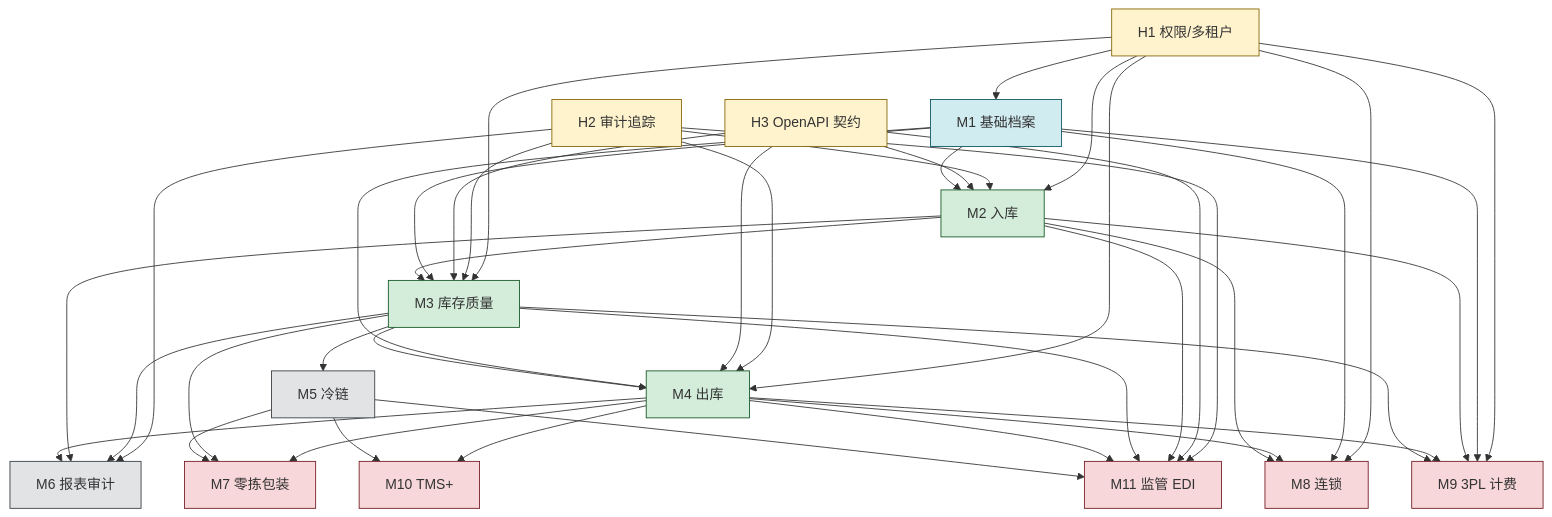
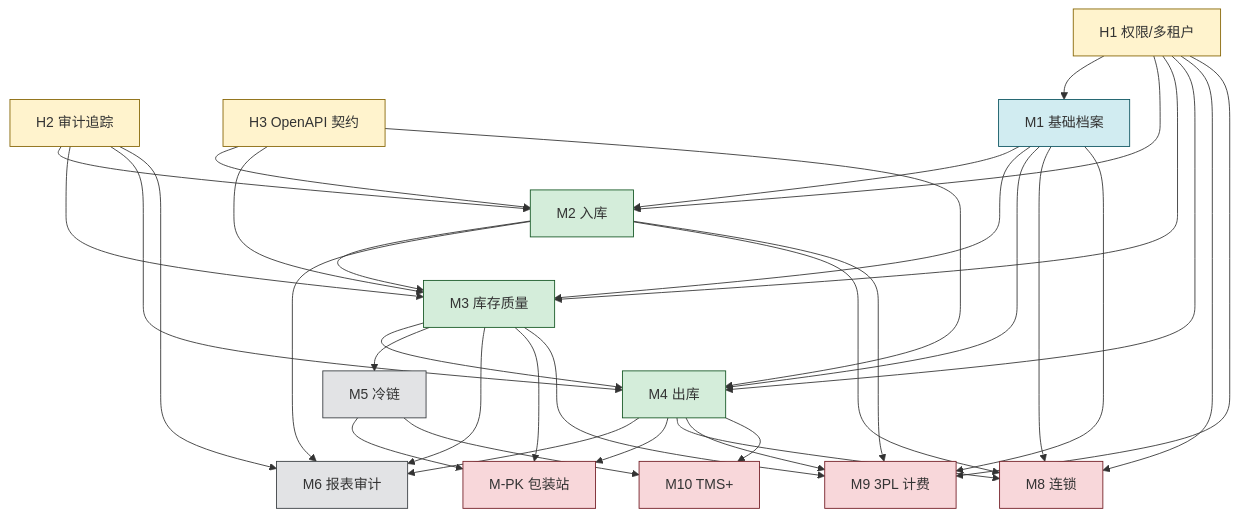
Before and after one commit to births3/wms: the first of 2 diagrams in docs/architecture-dependencies.md, drawn with Mermaid. The commit also changed other lines of this file and 6 other files, not shown here.

First line of the commit message:
文档(治理)：治理规范扩充 + ADR-0007 v0.3 路线 + 架构依赖图更新

````diff
--- a/docs/architecture-dependencies.md
+++ b/docs/architecture-dependencies.md
@@ -62,11 +86,10 @@
     M6[M6 报表审计]
 
     %% 第四层：增值业务
-    M7[M7 零拣包装]
+    MPK[M-PK 包装站]
     M8[M8 连锁]
     M9[M9 3PL 计费]
     M10[M10 TMS+]
-    M11[M11 监管 EDI]
 
     %% 横向能力被广泛依赖
     H1 --> M1
@@ -80,12 +103,10 @@
     H2 --> M3
     H2 --> M4
     H2 --> M6
-    H2 --> M11
 
     H3 --> M2
     H3 --> M3
     H3 --> M4
-    H3 --> M11
 
     %% 业务依赖
     M1 --> M2
@@ -101,9 +122,9 @@
     M2 --> M6
     M4 --> M6
 
-    M4 --> M7
-    M3 --> M7
-    M5 --> M7
+    M4 --> MPK
+    M3 --> MPK
+    M5 --> MPK
 
     M4 --> M8
     M2 --> M8
@@ -115,11 +136,6 @@
     M4 --> M10
     M5 --> M10
 
-    M2 --> M11
-    M3 --> M11
-    M4 --> M11
-    M5 --> M11
-
     classDef horiz fill:#FFF3CD,stroke:#856404
     classDef found fill:#D1ECF1,stroke:#0C5460
     classDef core fill:#D4EDDA,stroke:#155724
@@ -130,5 +146,5 @@
     class M1 found
     class M2,M3,M4 core
     class M5,M6 cross
-    class M7,M8,M9,M10,M11 value
+    class MPK,M8,M9,M10 value
 ```
````
